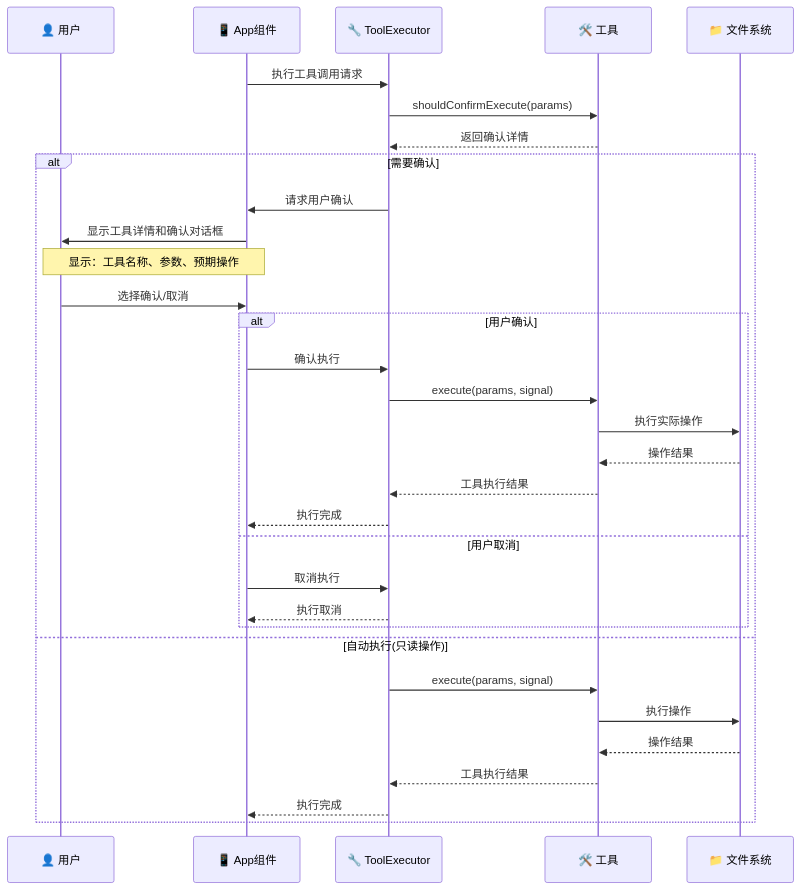
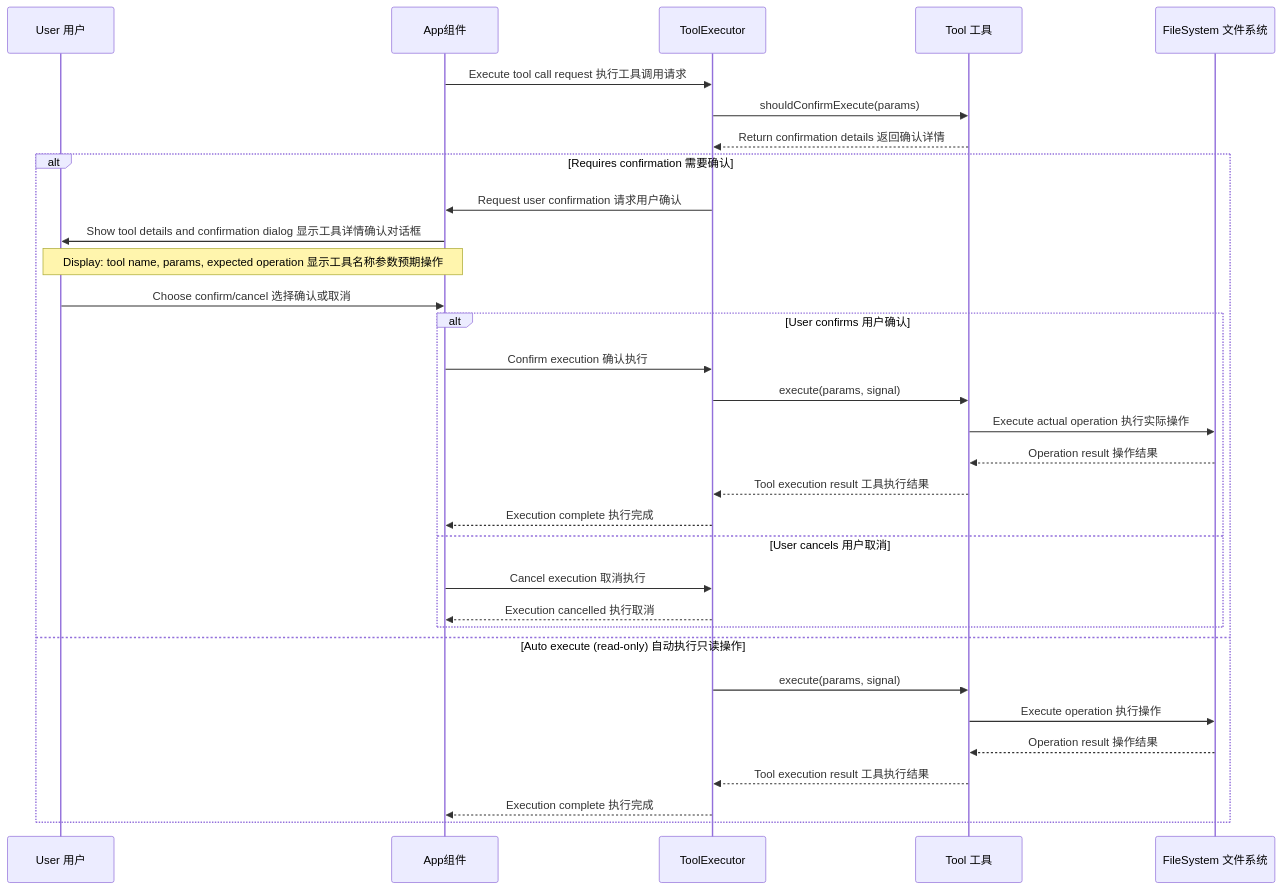
The second of 6 diagrams in docs/articles/gemini-cli-user-interaction-sequence.md (zhuangbiaowei/vitepress-ospo-writing-project), drawn with Mermaid before and after one commit. The commit also changed other lines of this file and 128 other files, not shown here.

````diff
--- a/docs/articles/gemini-cli-user-interaction-sequence.md
+++ b/docs/articles/gemini-cli-user-interaction-sequence.md
@@ -70,38 +70,38 @@
 ```mermaid
 sequenceDiagram
-    participant User as 👤 用户
-    participant App as 📱 App组件
-    participant ToolExecutor as 🔧 ToolExecutor
-    participant Tool as 🛠️ 工具
-    participant FileSystem as 📁 文件系统
+    participant User as User 用户
+    participant App as App组件
+    participant ToolExecutor as ToolExecutor
+    participant Tool as Tool 工具
+    participant FileSystem as FileSystem 文件系统
 
-    App->>ToolExecutor: 执行工具调用请求
+    App->>ToolExecutor: Execute tool call request 执行工具调用请求
     ToolExecutor->>Tool: shouldConfirmExecute(params)
-    Tool-->>ToolExecutor: 返回确认详情
+    Tool-->>ToolExecutor: Return confirmation details 返回确认详情
 
-    alt 需要确认
-        ToolExecutor->>App: 请求用户确认
-        App->>User: 显示工具详情和确认对话框
-        Note over User,App: 显示：工具名称、参数、预期操作
+    alt Requires confirmation 需要确认
+        ToolExecutor->>App: Request user confirmation 请求用户确认
+        App->>User: Show tool details and confirmation dialog 显示工具详情确认对话框
+        Note over User,App: Display: tool name, params, expected operation 显示工具名称参数预期操作
         
-        User->>App: 选择确认/取消
+        User->>App: Choose confirm/cancel 选择确认或取消
         
-        alt 用户确认
-            App->>ToolExecutor: 确认执行
+        alt User confirms 用户确认
+            App->>ToolExecutor: Confirm execution 确认执行
             ToolExecutor->>Tool: execute(params, signal)
-            Tool->>FileSystem: 执行实际操作
-            FileSystem-->>Tool: 操作结果
-            Tool-->>ToolExecutor: 工具执行结果
-            ToolExecutor-->>App: 执行完成
-        else 用户取消
-            App->>ToolExecutor: 取消执行
-            ToolExecutor-->>App: 执行取消
+            Tool->>FileSystem: Execute actual operation 执行实际操作
+            FileSystem-->>Tool: Operation result 操作结果
+            Tool-->>ToolExecutor: Tool execution result 工具执行结果
+            ToolExecutor-->>App: Execution complete 执行完成
+        else User cancels 用户取消
+            App->>ToolExecutor: Cancel execution 取消执行
+            ToolExecutor-->>App: Execution cancelled 执行取消
         end
-    else 自动执行(只读操作)
+    else Auto execute (read-only) 自动执行只读操作
         ToolExecutor->>Tool: execute(params, signal)
-        Tool->>FileSystem: 执行操作
-        FileSystem-->>Tool: 操作结果
-        Tool-->>ToolExecutor: 工具执行结果
-        ToolExecutor-->>App: 执行完成
+        Tool->>FileSystem: Execute operation 执行操作
+        FileSystem-->>Tool: Operation result 操作结果
+        Tool-->>ToolExecutor: Tool execution result 工具执行结果
+        ToolExecutor-->>App: Execution complete 执行完成
     end
 ```
````
